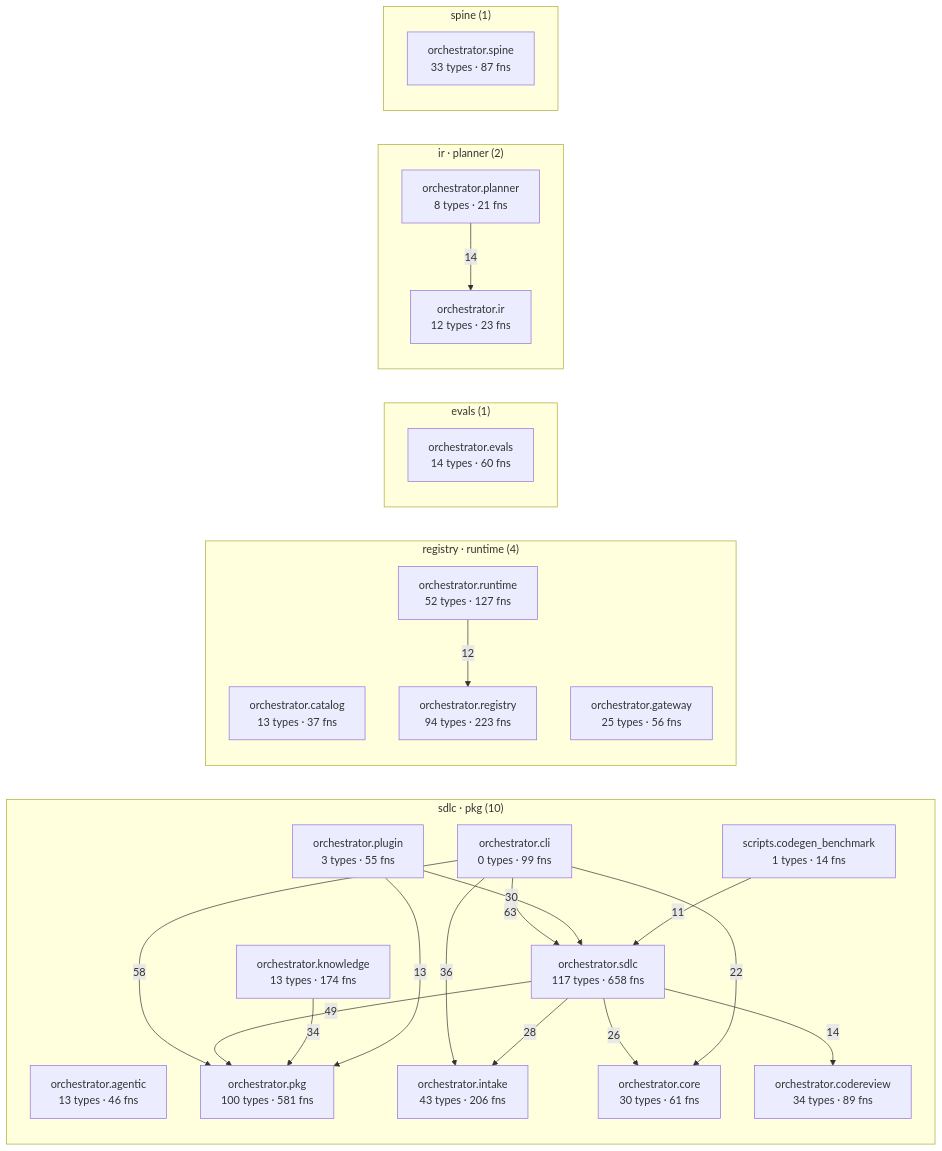
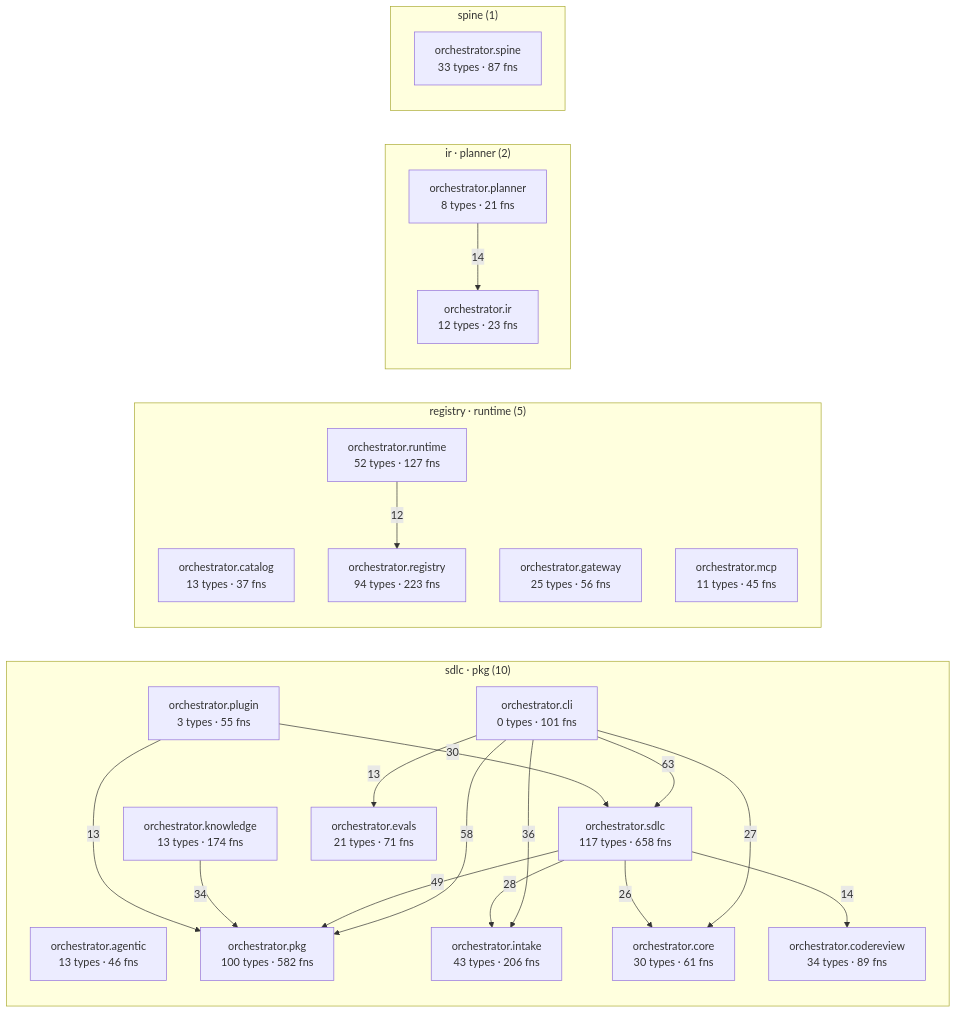
Before and after one commit to synaptixs/spine: the diagram in episteme/architecture.md, drawn with Mermaid. The commit also changed other lines of this file and 15 other files, not shown here.

````diff
--- a/episteme/architecture.md
+++ b/episteme/architecture.md
@@ -54,45 +54,43 @@
 ```mermaid
 flowchart LR
   subgraph c_1["sdlc · pkg (10)"]
     aorchestratoragentic["orchestrator.agentic<br/>13 types · 46 fns"]
-    aorchestratorcli["orchestrator.cli<br/>0 types · 99 fns"]
+    aorchestratorcli["orchestrator.cli<br/>0 types · 101 fns"]
     aorchestratorcodereview["orchestrator.codereview<br/>34 types · 89 fns"]
     aorchestratorcore["orchestrator.core<br/>30 types · 61 fns"]
+    aorchestratorevals["orchestrator.evals<br/>21 types · 71 fns"]
     aorchestratorintake["orchestrator.intake<br/>43 types · 206 fns"]
     aorchestratorknowledge["orchestrator.knowledge<br/>13 types · 174 fns"]
-    aorchestratorpkg["orchestrator.pkg<br/>100 types · 581 fns"]
+    aorchestratorpkg["orchestrator.pkg<br/>100 types · 582 fns"]
     aorchestratorplugin["orchestrator.plugin<br/>3 types · 55 fns"]
     aorchestratorsdlc["orchestrator.sdlc<br/>117 types · 658 fns"]
-    ascriptscodegenbenchmark["scripts.codegen_benchmark<br/>1 types · 14 fns"]
   end
-  subgraph c_3["registry · runtime (4)"]
+  subgraph c_3["registry · runtime (5)"]
     aorchestratorcatalog["orchestrator.catalog<br/>13 types · 37 fns"]
     aorchestratorgateway["orchestrator.gateway<br/>25 types · 56 fns"]
+    aorchestratormcp["orchestrator.mcp<br/>11 types · 45 fns"]
     aorchestratorregistry["orchestrator.registry<br/>94 types · 223 fns"]
     aorchestratorruntime["orchestrator.runtime<br/>52 types · 127 fns"]
   end
-  subgraph c_5["evals (1)"]
-    aorchestratorevals["orchestrator.evals<br/>14 types · 60 fns"]
-  end
-  subgraph c_7["ir · planner (2)"]
+  subgraph c_6["ir · planner (2)"]
     aorchestratorir["orchestrator.ir<br/>12 types · 23 fns"]
     aorchestratorplanner["orchestrator.planner<br/>8 types · 21 fns"]
   end
-  subgraph c_10["spine (1)"]
+  subgraph c_9["spine (1)"]
     aorchestratorspine["orchestrator.spine<br/>33 types · 87 fns"]
   end
   aorchestratorcli -->|63| aorchestratorsdlc
   aorchestratorcli -->|58| aorchestratorpkg
   aorchestratorsdlc -->|49| aorchestratorpkg
   aorchestratorcli -->|36| aorchestratorintake
   aorchestratorknowledge -->|34| aorchestratorpkg
   aorchestratorplugin -->|30| aorchestratorsdlc
   aorchestratorsdlc -->|28| aorchestratorintake
+  aorchestratorcli -->|27| aorchestratorcore
   aorchestratorsdlc -->|26| aorchestratorcore
-  aorchestratorcli -->|22| aorchestratorcore
   aorchestratorplanner -->|14| aorchestratorir
   aorchestratorsdlc -->|14| aorchestratorcodereview
+  aorchestratorcli -->|13| aorchestratorevals
   aorchestratorplugin -->|13| aorchestratorpkg
   aorchestratorruntime -->|12| aorchestratorregistry
-  ascriptscodegenbenchmark -->|11| aorchestratorsdlc
 ```
````
